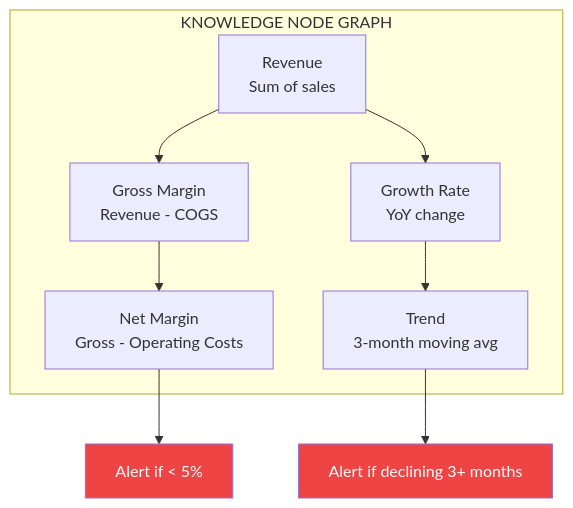
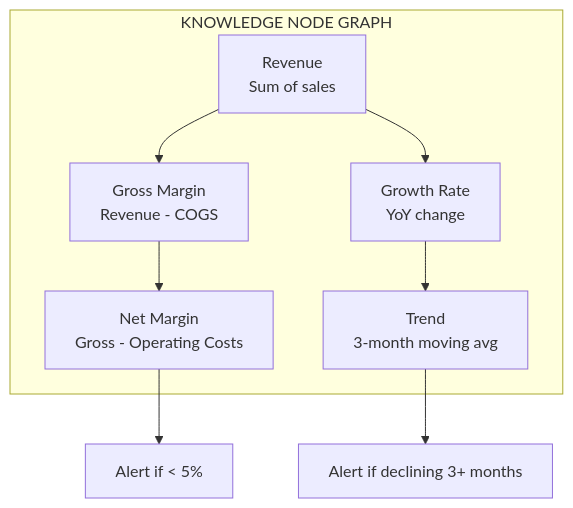
Before and after one commit to ashishsuperatom/tech-docs: the fourth of 7 diagrams in ip/automated-analyst.mdx, drawn with Mermaid. The commit also changed other lines of this file and 37 other files, not shown here.

First line of the commit message:
Clean up docs: remove em-dashes, fix mermaid diagrams, remove emojis

````diff
--- a/ip/automated-analyst.mdx
+++ b/ip/automated-analyst.mdx
@@ -147,15 +142,13 @@
 ```mermaid
 flowchart TB
     subgraph NODES["KNOWLEDGE NODE GRAPH"]
         N1["Revenue<br>Sum of sales"] --> N2["Gross Margin<br>Revenue - COGS"]
         N2 --> N3["Net Margin<br>Gross - Operating Costs"]
         N1 --> N4["Growth Rate<br>YoY change"]
         N4 --> N5["Trend<br>3-month moving avg"]
     end
 
     N3 --> ALERT1["Alert if < 5%"]
     N5 --> ALERT2["Alert if declining 3+ months"]
 
-    style ALERT1 fill:#ef4444,color:#fff
-    style ALERT2 fill:#ef4444,color:#fff
 ```
````
